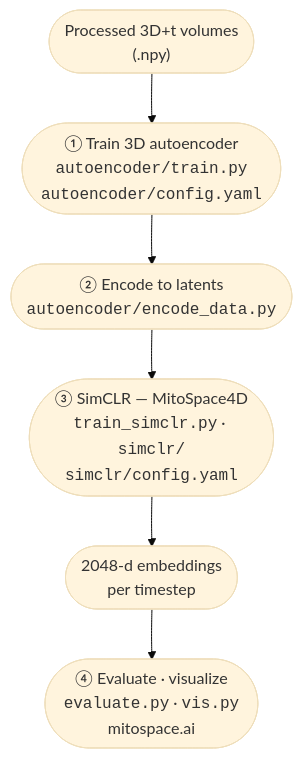
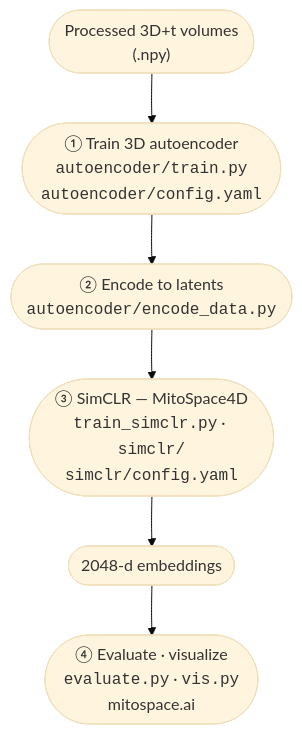
The diagram in README.md (schoeneberglab/MitoSpace4D), drawn with Mermaid (base theme) before and after one commit.

Commit message:
Update README to simplify embeddings description

````diff
--- a/README.md
+++ b/README.md
@@ -19,11 +19,11 @@
 ```mermaid
 flowchart TB
     A(["Processed 3D+t volumes<br/>(.npy)"])
     B(["① Train 3D autoencoder<br/><code>autoencoder/train.py</code><br/><code>autoencoder/config.yaml</code>"])
     C(["② Encode to latents<br/><code>autoencoder/encode_data.py</code>"])
     D(["③ SimCLR — MitoSpace4D<br/><code>train_simclr.py</code> · <code>simclr/</code><br/><code>simclr/config.yaml</code>"])
-    E(["2048-d embeddings<br/>per timestep"])
+    E(["2048-d embeddings"])
     F(["④ Evaluate · visualize<br/><code>evaluate.py</code> · <code>vis.py</code><br/>mitospace.ai"])
 
     A --> B --> C --> D --> E --> F
 ```
````
